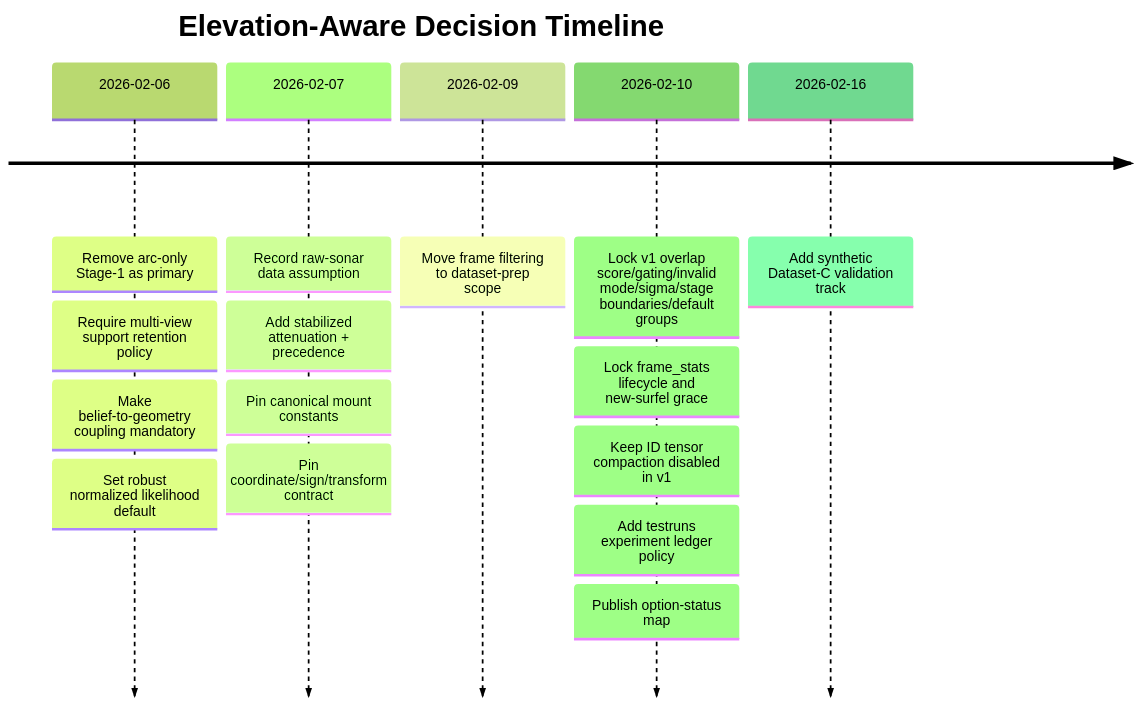
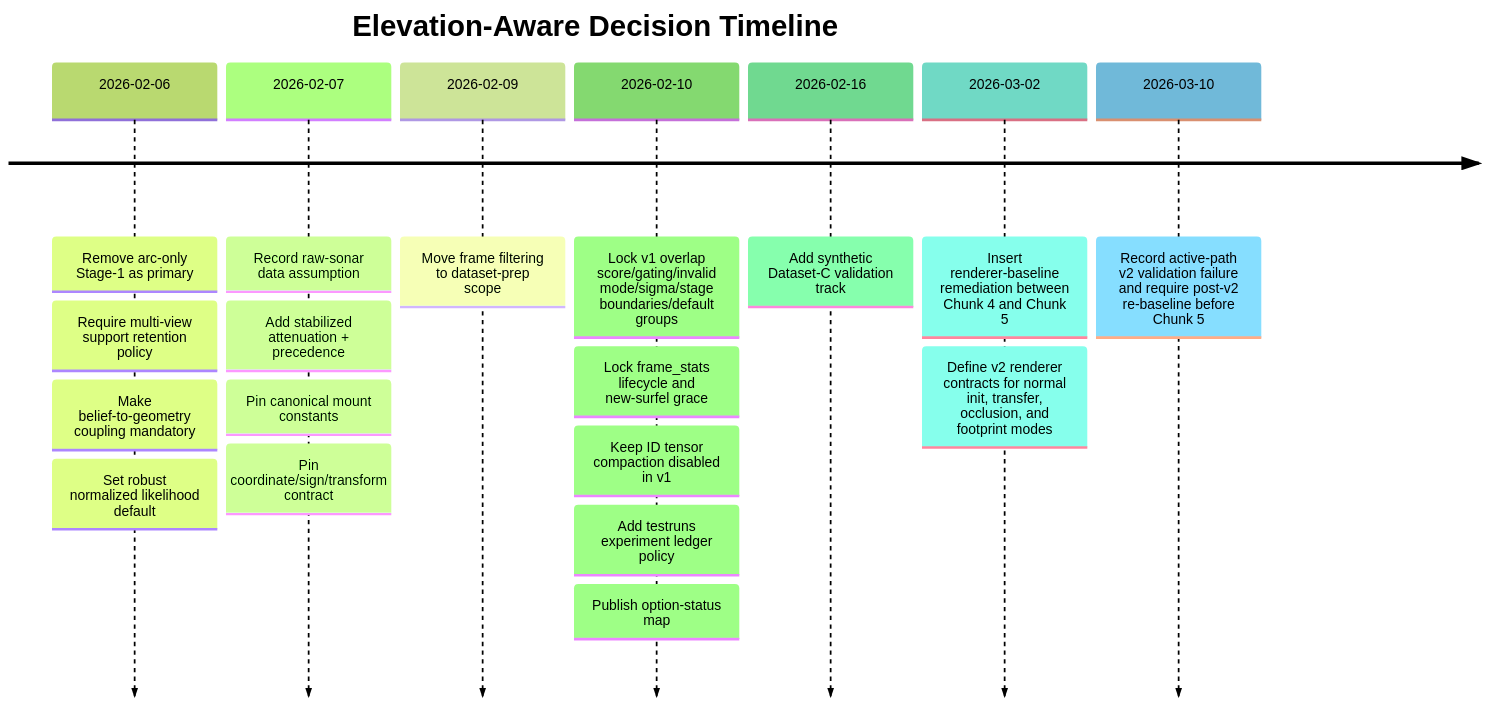
One commit to gavingavinchan/Unbiased_Surfel_sonar changed the third of 4 diagrams in plans/PLAN_ELEVATION_AWARE_TRAINING_FLOW_2026-02-24.md. Above: the diagram before and after it, drawn with Mermaid (forest theme). The commit also changed other lines of this file and 7 other files, not shown here.

Commit message:
Document Chunk-4 probe results and renderer-v2 gating before Chunk 5 (gpt-5.4)

````diff
--- a/plans/PLAN_ELEVATION_AWARE_TRAINING_FLOW_2026-02-24.md
+++ b/plans/PLAN_ELEVATION_AWARE_TRAINING_FLOW_2026-02-24.md
@@ -373,19 +393,22 @@
 ```mermaid
 timeline
     title Elevation-Aware Decision Timeline
     2026-02-06 : Remove arc-only Stage-1 as primary
                : Require multi-view support retention policy
                : Make belief-to-geometry coupling mandatory
                : Set robust normalized likelihood default
     2026-02-07 : Record raw-sonar data assumption
                : Add stabilized attenuation + precedence
                : Pin canonical mount constants
                : Pin coordinate/sign/transform contract
     2026-02-09 : Move frame filtering to dataset-prep scope
     2026-02-10 : Lock v1 overlap score/gating/invalid mode/sigma/stage boundaries/default groups
-               : Lock frame_stats lifecycle and new-surfel grace
-               : Keep ID tensor compaction disabled in v1
-               : Add testruns experiment ledger policy
-               : Publish option-status map
+                : Lock frame_stats lifecycle and new-surfel grace
+                : Keep ID tensor compaction disabled in v1
+                : Add testruns experiment ledger policy
+                : Publish option-status map
     2026-02-16 : Add synthetic Dataset-C validation track
+    2026-03-02 : Insert renderer-baseline remediation between Chunk 4 and Chunk 5
+               : Define v2 renderer contracts for normal init, transfer, occlusion, and footprint modes
+    2026-03-10 : Record active-path v2 validation failure and require post-v2 re-baseline before Chunk 5
 ```
````
